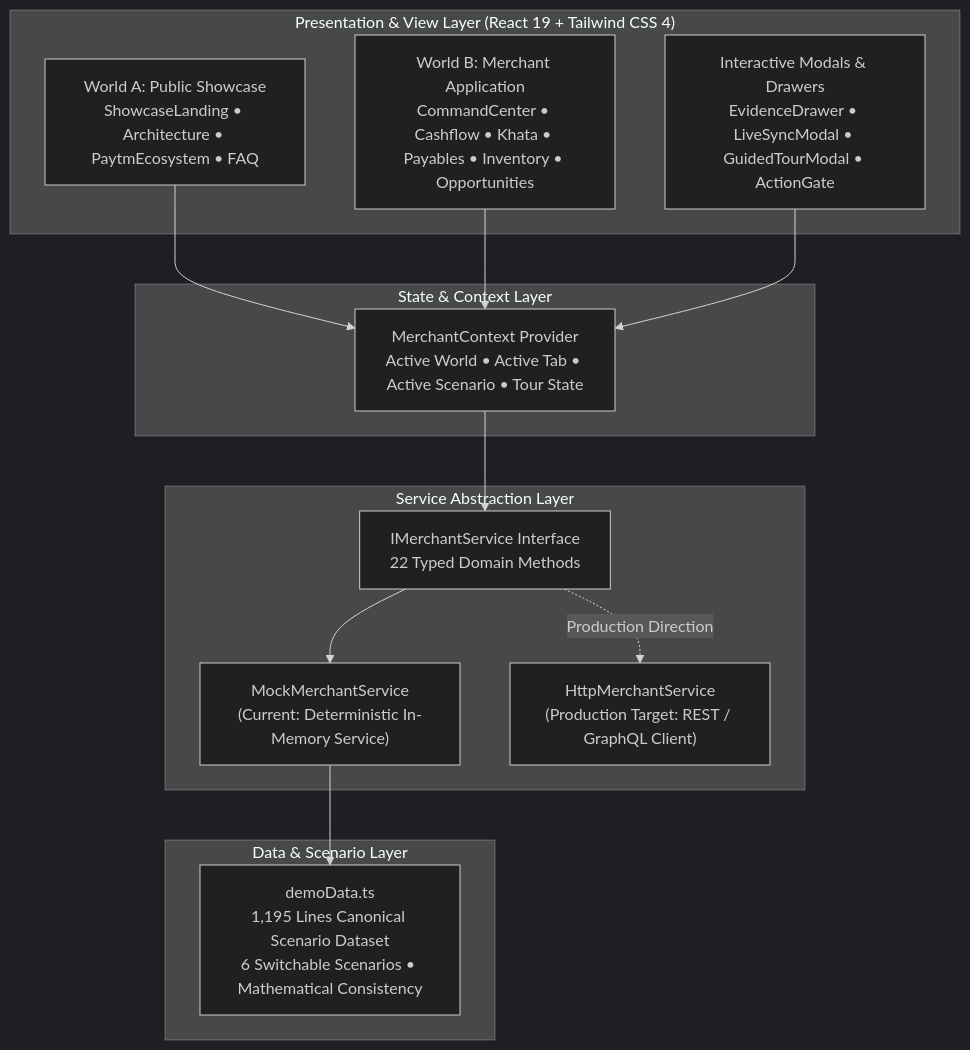
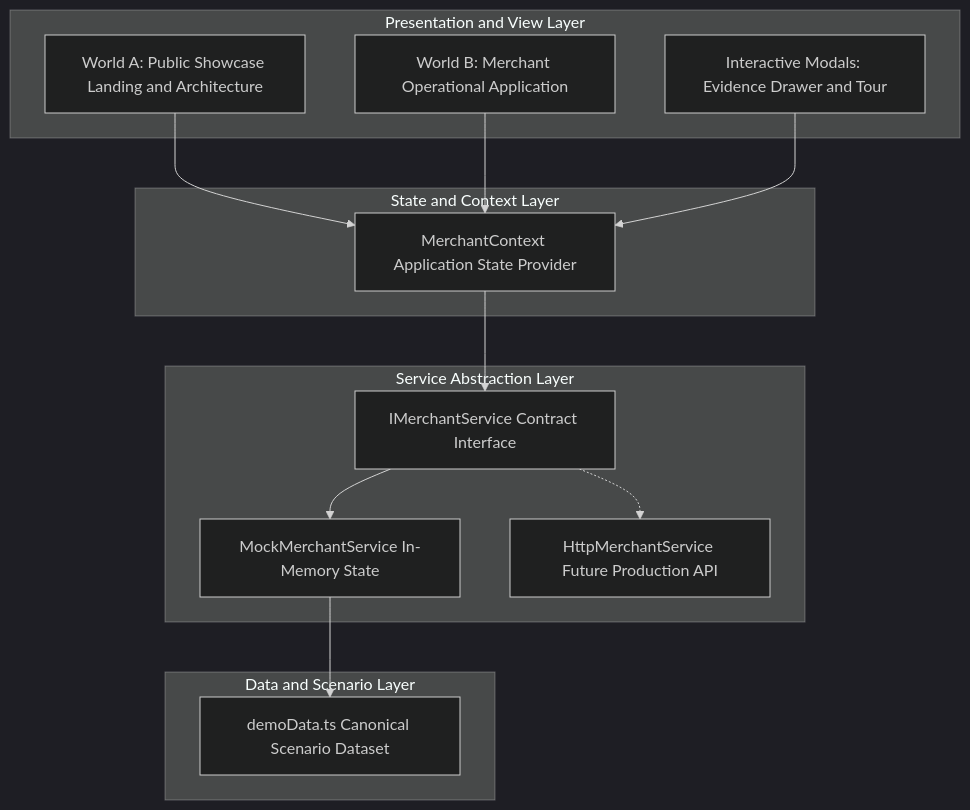
The second of 4 diagrams in README.md (webdevpraveen/merchantmind_hacksprint), drawn with Mermaid (dark theme) before and after one commit. The commit also changed other lines of this file, not shown here.

First line of the commit message:
fix(docs): resolve Mermaid rendering in GitHub by using standard graph syntax

````diff
--- a/README.md
+++ b/README.md
@@ -267,30 +267,30 @@
 ```mermaid
-flowchart TB
-    subgraph UI["Presentation & View Layer (React 19 + Tailwind CSS 4)"]
-        W_A["World A: Public Showcase<br/>ShowcaseLanding • Architecture • PaytmEcosystem • FAQ"]
-        W_B["World B: Merchant Application<br/>CommandCenter • Cashflow • Khata • Payables • Inventory • Opportunities"]
-        MODALS["Interactive Modals & Drawers<br/>EvidenceDrawer • LiveSyncModal • GuidedTourModal • ActionGate"]
+graph TB
+    subgraph UI [Presentation and View Layer]
+        W_A[World A: Public Showcase Landing and Architecture]
+        W_B[World B: Merchant Operational Application]
+        MODALS[Interactive Modals: Evidence Drawer and Tour]
     end
 
-    subgraph STATE["State & Context Layer"]
-        CTX["MerchantContext Provider<br/>Active World • Active Tab • Active Scenario • Tour State"]
+    subgraph STATE [State and Context Layer]
+        CTX[MerchantContext Application State Provider]
     end
 
-    subgraph SVC["Service Abstraction Layer"]
-        INT["IMerchantService Interface<br/>22 Typed Domain Methods"]
-        MOCK["MockMerchantService<br/>(Current: Deterministic In-Memory Service)"]
-        HTTP["HttpMerchantService<br/>(Production Target: REST / GraphQL Client)"]
+    subgraph SVC [Service Abstraction Layer]
+        INT[IMerchantService Contract Interface]
+        MOCK[MockMerchantService In-Memory State]
+        HTTP[HttpMerchantService Future Production API]
     end
 
-    subgraph DATA["Data & Scenario Layer"]
-        DEMO["demoData.ts<br/>1,195 Lines Canonical Scenario Dataset<br/>6 Switchable Scenarios • Mathematical Consistency"]
+    subgraph DATA [Data and Scenario Layer]
+        DEMO[demoData.ts Canonical Scenario Dataset]
     end
 
     W_A --> CTX
     W_B --> CTX
     MODALS --> CTX
     CTX --> INT
     INT --> MOCK
-    INT -. "Production Direction" .-> HTTP
+    INT -.-> HTTP
     MOCK --> DEMO
 ```
````
